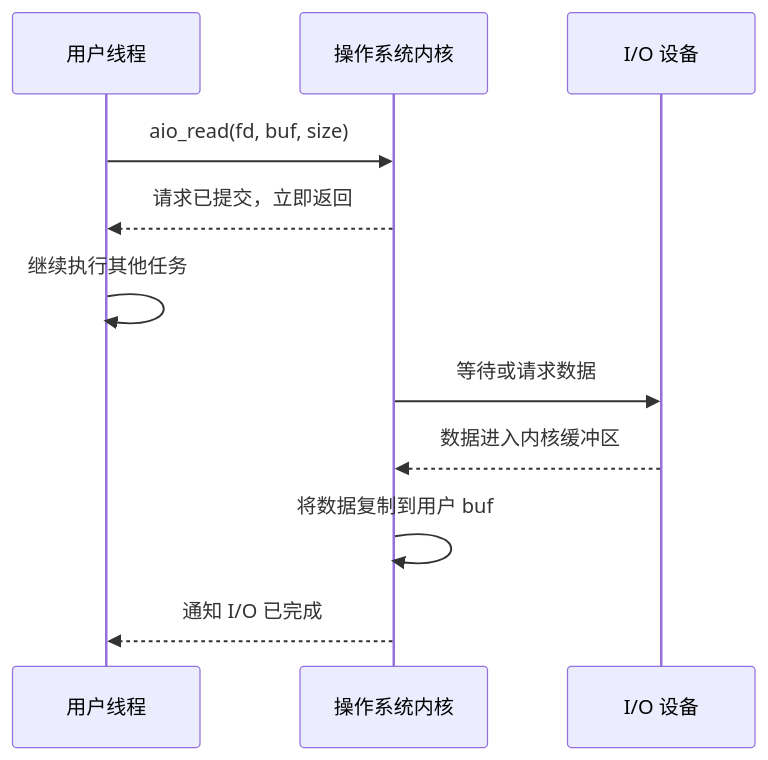
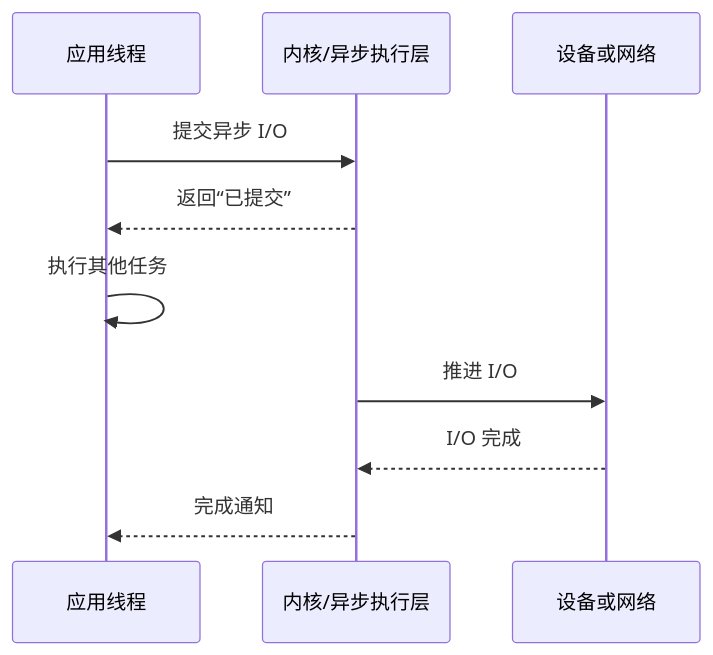
One commit to Fizgrad/fizgrad.github.io changed diagram 11 of 36 in blog/os_review.md. Above: the diagram before and after it, drawn with Mermaid. The commit also changed other lines of this file and 1 other file, not shown here.

````diff
--- a/blog/os_review.md
+++ b/blog/os_review.md
@@ -2155,14 +2488,13 @@
 ```mermaid
 sequenceDiagram
-    participant App as 用户线程
-    participant Kernel as 操作系统内核
-    participant Device as I/O 设备
+    participant App as 应用线程
+    participant Kernel as 内核/异步执行层
+    participant Device as 设备或网络
 
-    App->>Kernel: aio_read(fd, buf, size)
-    Kernel-->>App: 请求已提交，立即返回
-    App->>App: 继续执行其他任务
-    Kernel->>Device: 等待或请求数据
-    Device-->>Kernel: 数据进入内核缓冲区
-    Kernel->>Kernel: 将数据复制到用户 buf
-    Kernel-->>App: 通知 I/O 已完成
+    App->>Kernel: 提交异步 I/O
+    Kernel-->>App: 返回“已提交”
+    App->>App: 执行其他任务
+    Kernel->>Device: 推进 I/O
+    Device-->>Kernel: I/O 完成
+    Kernel-->>App: 完成通知
 ```
````
